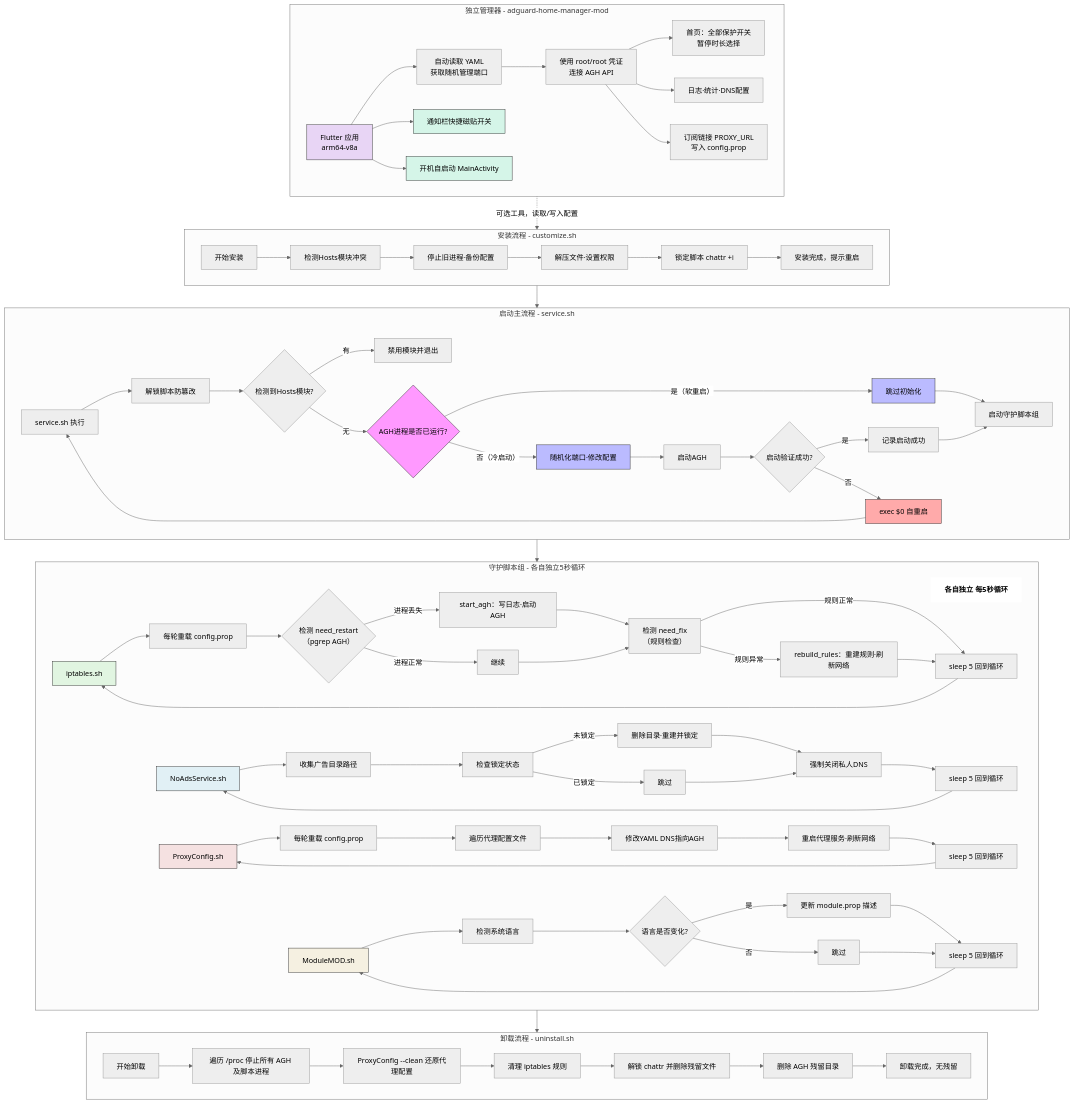
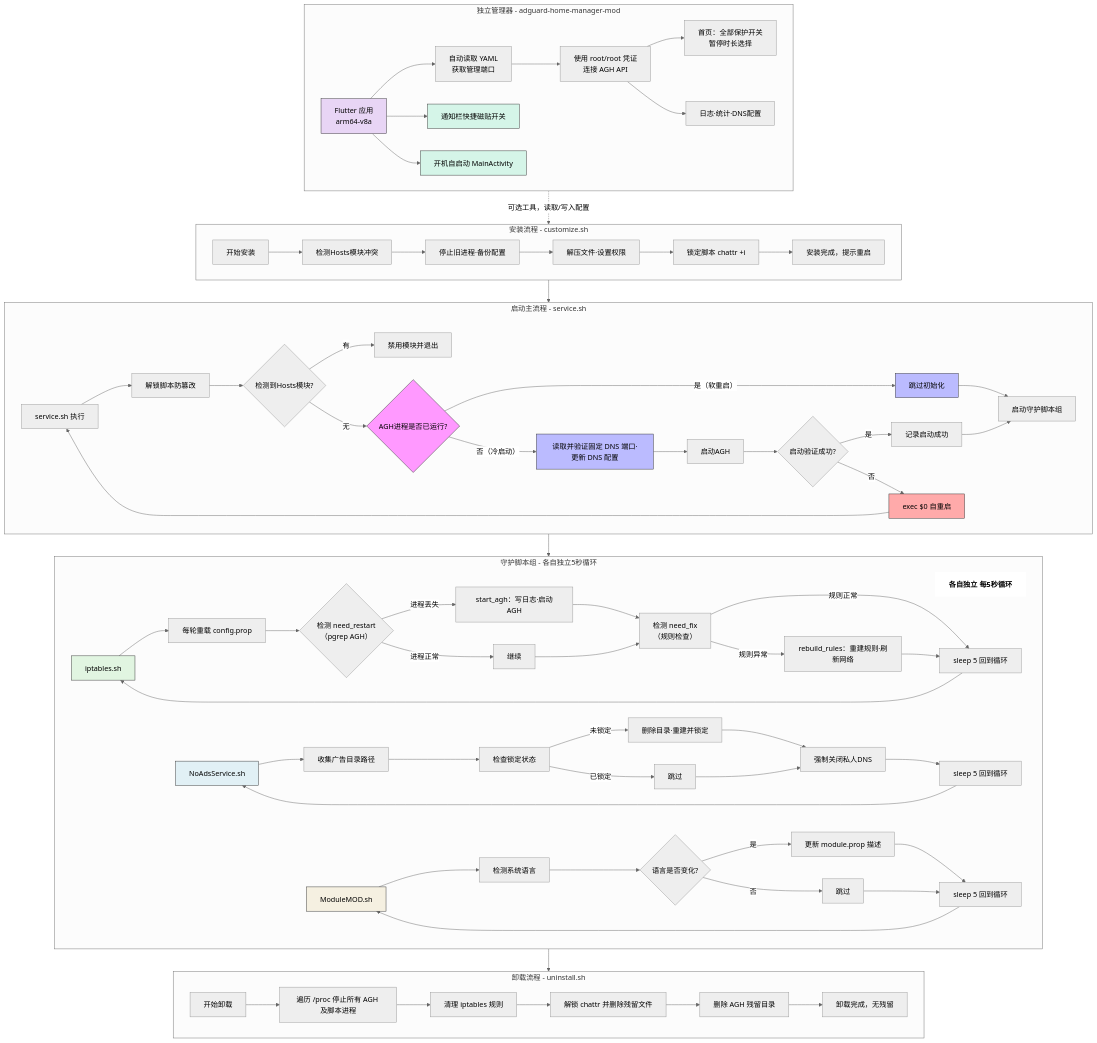
One commit to 2451965602/Adguard-Home-For-Magisk-Mod changed the diagram in README.md. Above: the diagram before and after it, drawn with Mermaid (neutral theme). The commit also changed other lines of this file and 12 other files, not shown here.

````diff
--- a/README.md
+++ b/README.md
@@ -17,11 +17,10 @@
 ```mermaid
 graph TD
     subgraph 独立管理器[独立管理器 - adguard-home-manager-mod]
-        M1[Flutter 应用<br>arm64-v8a] --> M2[自动读取 YAML<br>获取随机管理端口]
+        M1[Flutter 应用<br>arm64-v8a] --> M2[自动读取 YAML<br>获取管理端口]
         M2 --> M3[使用 root/root 凭证<br>连接 AGH API]
         M3 --> M4[首页：全部保护开关<br>暂停时长选择]
         M3 --> M5[日志·统计·DNS配置]
-        M3 --> M6[订阅链接 PROXY_URL<br>写入 config.prop]
         M1 --> M7[通知栏快捷磁贴开关]
         M1 --> M8[开机自启动 MainActivity]
     end
@@ -40,7 +39,7 @@
         S3 -->|有| S4[禁用模块并退出]
         S3 -->|无| S5{AGH进程是否已运行?}
         S5 -->|是（软重启）| S6[跳过初始化]
-        S5 -->|否（冷启动）| S7[随机化端口·修改配置]
+        S5 -->|否（冷启动）| S7[读取并验证固定 DNS 端口·更新 DNS 配置]
         S7 --> S8[启动AGH]
         S8 --> S9{启动验证成功?}
         S9 -->|是| S10[记录启动成功]
@@ -75,14 +74,6 @@
         D2E --> D2F[sleep 5 回到循环]
         D2F --> D2
 
-        D3["ProxyConfig.sh"]
-        D3 --> D3A[每轮重载 config.prop]
-        D3A --> D3B[遍历代理配置文件]
-        D3B --> D3C[修改YAML DNS指向AGH]
-        D3C --> D3D[重启代理服务·刷新网络]
-        D3D --> D3E[sleep 5 回到循环]
-        D3E --> D3
-
         D4["ModuleMOD.sh"]
         D4 --> D4A[检测系统语言]
         D4A --> D4B{语言是否变化?}
@@ -95,11 +86,10 @@
 
     subgraph 卸载流程[卸载流程 - uninstall.sh]
         U1[开始卸载] --> U2[遍历 /proc 停止所有 AGH 及脚本进程]
-        U2 --> U3[ProxyConfig --clean 还原代理配置]
-        U3 --> U4[清理 iptables 规则]
-        U4 --> U5[解锁 chattr 并删除残留文件]
-        U5 --> U6[删除 AGH 残留目录]
-        U6 --> U7[卸载完成，无残留]
+        U2 --> U3[清理 iptables 规则]
+        U3 --> U4[解锁 chattr 并删除残留文件]
+        U4 --> U5[删除 AGH 残留目录]
+        U5 --> U6[卸载完成，无残留]
     end
 
     %% 垂直顺序：管理器 → 安装 → 启动 → 守护 → 卸载
@@ -114,7 +104,6 @@
     style S11 fill:#faa,stroke:#333
     style D1 fill:#e1f5e1,stroke:#333
     style D2 fill:#e1f0f5,stroke:#333
-    style D3 fill:#f5e1e1,stroke:#333
     style D4 fill:#f5f0e1,stroke:#333
     style DIR fill:#fff,stroke:#fff
     style M1 fill:#e8d5f5,stroke:#333
````
